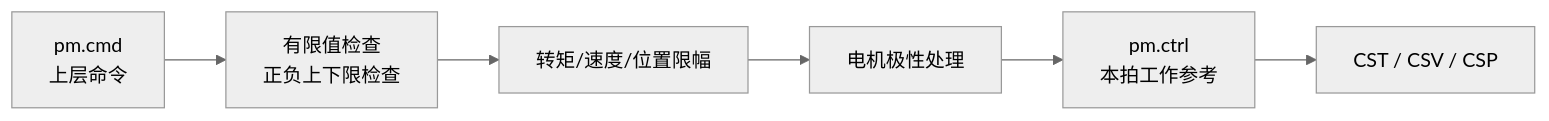
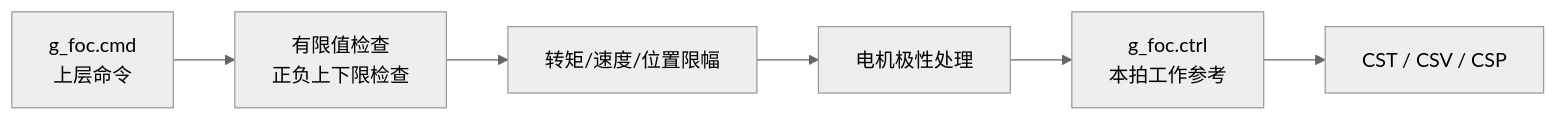
One commit to HHHyuan111/AxDr_L changed the sixth of 8 diagrams in 文档/架构重构/08_完整代码框架状态机与算法详解.md. Above: the diagram before and after it, drawn with Mermaid (neutral theme). The commit also changed other lines of this file and 56 other files, not shown here.

````diff
--- a/文档/架构重构/08_完整代码框架状态机与算法详解.md
+++ b/文档/架构重构/08_完整代码框架状态机与算法详解.md
@@ -660,8 +661,8 @@
 ```mermaid
 flowchart LR
-    CMD[pm.cmd<br/>上层命令] --> CHECK[有限值检查<br/>正负上下限检查]
+    CMD[g_foc.cmd<br/>上层命令] --> CHECK[有限值检查<br/>正负上下限检查]
     CHECK --> LIMIT[转矩/速度/位置限幅]
     LIMIT --> POL[电机极性处理]
-    POL --> CTRL[pm.ctrl<br/>本拍工作参考]
+    POL --> CTRL[g_foc.ctrl<br/>本拍工作参考]
     CTRL --> MODE[CST / CSV / CSP]
 ```
````
